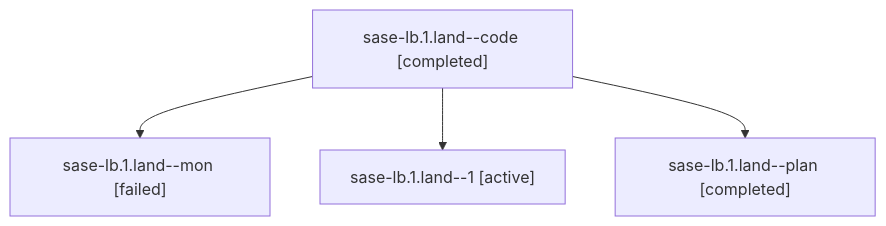
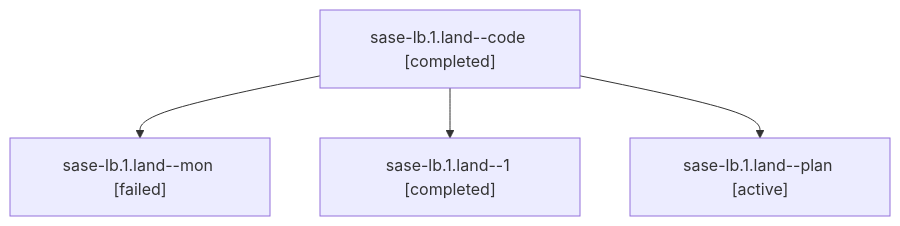
The diagram in families/bbugyi200.athena.sase-lb.1.land.md (sase-org/sase--agents), drawn with Mermaid before and after one commit. The commit also changed other lines of this file and 35830 other files, not shown here.

````diff
--- a/families/bbugyi200.athena.sase-lb.1.land.md
+++ b/families/bbugyi200.athena.sase-lb.1.land.md
@@ -9,10 +9,10 @@
 ```mermaid
 flowchart TD
   n0["sase-lb.1.land--code [completed]"]
   n1["sase-lb.1.land--mon [failed]"]
   n0 --> n1
-  n2["sase-lb.1.land--1 [active]"]
+  n2["sase-lb.1.land--1 [completed]"]
   n0 --> n2
-  n3["sase-lb.1.land--plan [completed]"]
+  n3["sase-lb.1.land--plan [active]"]
   n0 --> n3
 ```
````
